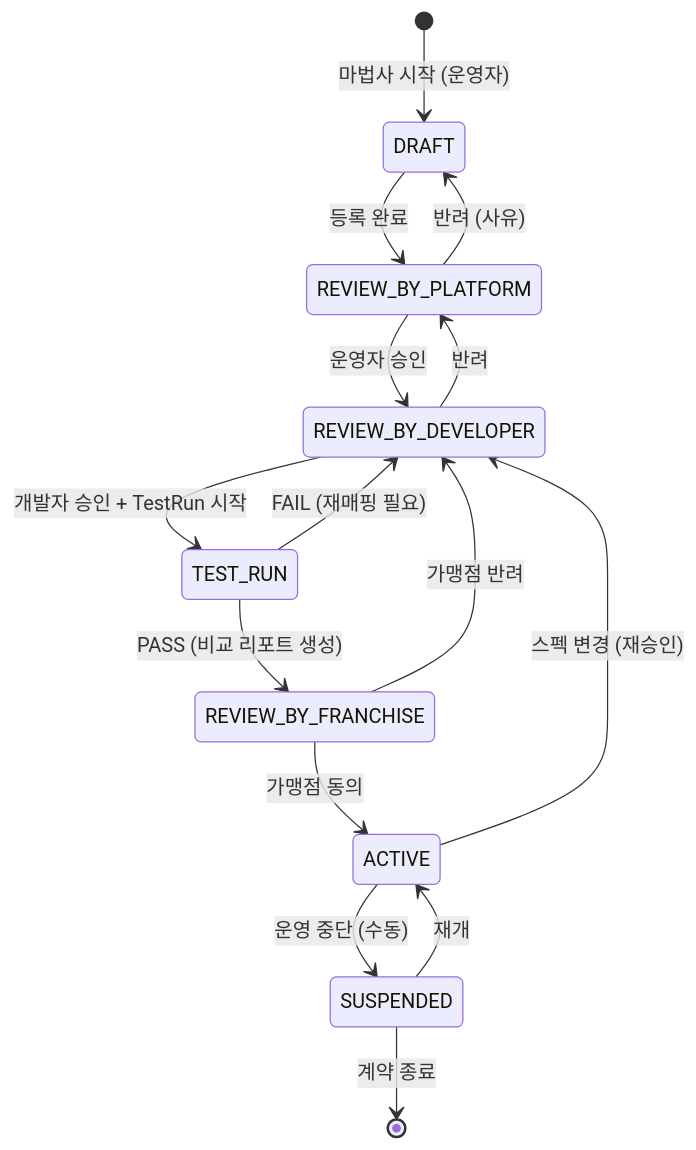
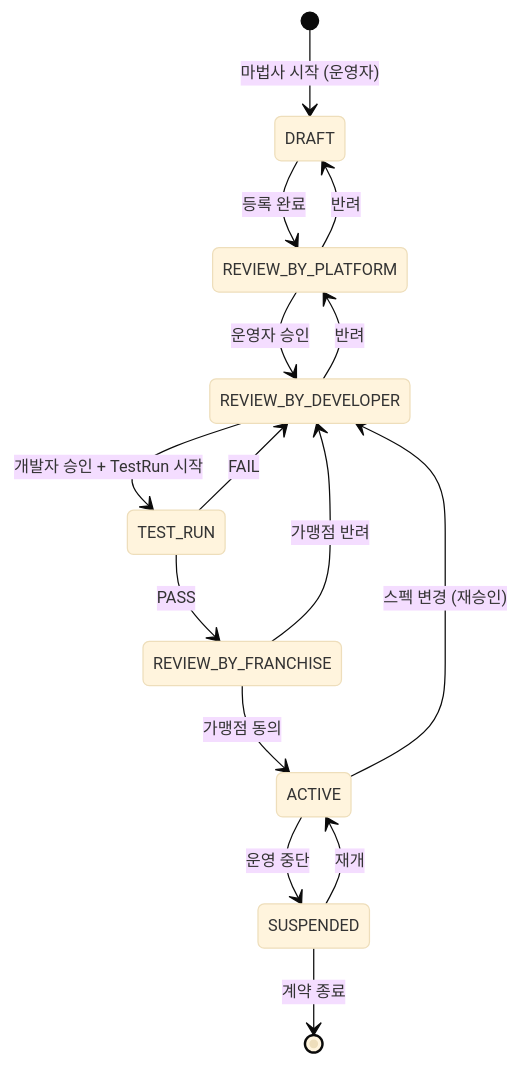
Before and after one commit to uniyous/parkgolf-platform: the second of 12 diagrams in docs/workflow/PARTNER_INTEGRATION.md, drawn with Mermaid. The commit also changed other lines of this file, not shown here.

````diff
--- a/docs/workflow/PARTNER_INTEGRATION.md
+++ b/docs/workflow/PARTNER_INTEGRATION.md
@@ -21,22 +78,23 @@
 ```mermaid
+%%{init: {'theme':'base','themeVariables':{'fontSize':'13px'}}}%%
 stateDiagram-v2
     [*] --> DRAFT: 마법사 시작 (운영자)
 
     DRAFT --> REVIEW_BY_PLATFORM: 등록 완료
-    REVIEW_BY_PLATFORM --> DRAFT: 반려 (사유)
+    REVIEW_BY_PLATFORM --> DRAFT: 반려
 
     REVIEW_BY_PLATFORM --> REVIEW_BY_DEVELOPER: 운영자 승인
     REVIEW_BY_DEVELOPER --> REVIEW_BY_PLATFORM: 반려
 
     REVIEW_BY_DEVELOPER --> TEST_RUN: 개발자 승인 + TestRun 시작
-    TEST_RUN --> REVIEW_BY_DEVELOPER: FAIL (재매핑 필요)
-    TEST_RUN --> REVIEW_BY_FRANCHISE: PASS (비교 리포트 생성)
+    TEST_RUN --> REVIEW_BY_DEVELOPER: FAIL
+    TEST_RUN --> REVIEW_BY_FRANCHISE: PASS
 
     REVIEW_BY_FRANCHISE --> REVIEW_BY_DEVELOPER: 가맹점 반려
     REVIEW_BY_FRANCHISE --> ACTIVE: 가맹점 동의
 
-    ACTIVE --> SUSPENDED: 운영 중단 (수동)
+    ACTIVE --> SUSPENDED: 운영 중단
     ACTIVE --> REVIEW_BY_DEVELOPER: 스펙 변경 (재승인)
     SUSPENDED --> ACTIVE: 재개
     SUSPENDED --> [*]: 계약 종료
 ```
````
